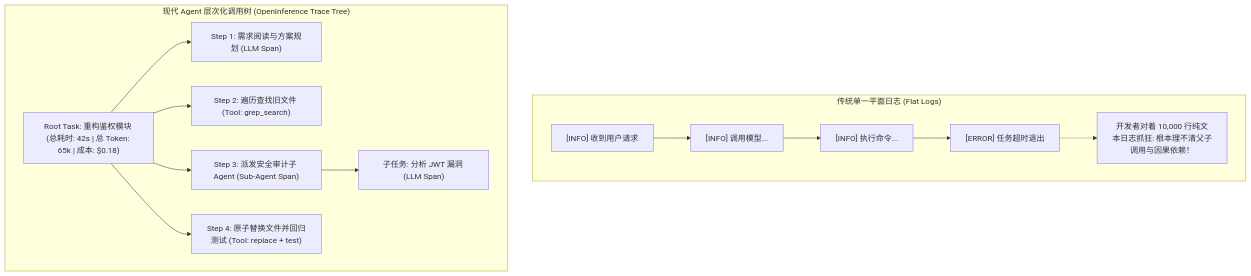
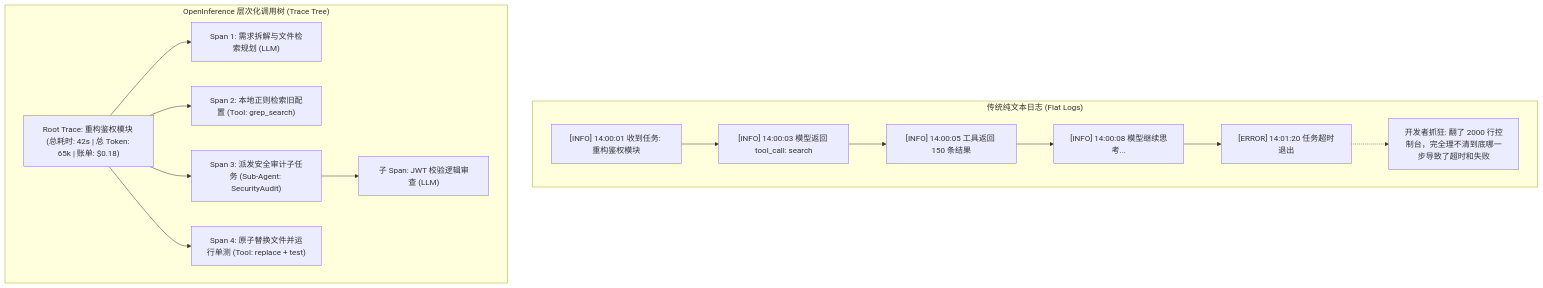
The first of 2 diagrams in app/ch07-evaluation/04-observability-and-opentelemetry/page.mdx (ljh12138164/ai-agent-study), drawn with Mermaid before and after one commit. The commit also changed other lines of this file and 43 other files, not shown here.

````diff
--- a/app/ch07-evaluation/04-observability-and-opentelemetry/page.mdx
+++ b/app/ch07-evaluation/04-observability-and-opentelemetry/page.mdx
@@ -20,18 +21,19 @@
 ```mermaid
 graph TD
-    subgraph TraditionalLog["传统单一平面日志 (Flat Logs)"]
-        L1["[INFO] 收到用户请求"] --> L2["[INFO] 调用模型..."]
-        L2 --> L3["[INFO] 执行命令..."]
-        L3 --> L4["[ERROR] 任务超时退出"]
-        L4 -.-> Clueless["开发者对着 10,000 行纯文本日志抓狂: 根本理不清父子调用与因果依赖！"]
+    subgraph TraditionalLog["传统纯文本日志 (Flat Logs)"]
+        L1["[INFO] 14:00:01 收到任务: 重构鉴权模块"] --> L2["[INFO] 14:00:03 模型返回 tool_call: search"]
+        L2 --> L3["[INFO] 14:00:05 工具返回 150 条结果"]
+        L3 --> L4["[INFO] 14:00:08 模型继续思考..."]
+        L4 --> L5["[ERROR] 14:01:20 任务超时退出"]
+        L5 -.-> Clueless["开发者抓狂: 翻了 2000 行控制台，完全理不清到底哪一步导致了超时和失败"]
     end
     
-    subgraph TraceTree["现代 Agent 层次化调用树 (OpenInference Trace Tree)"]
-        Root["Root Task: 重构鉴权模块 (总耗时: 42s | 总 Token: 65k | 成本: $0.18)"]
-        Root --> Step1["Step 1: 需求阅读与方案规划 (LLM Span)"]
-        Root --> Step2["Step 2: 遍历查找旧文件 (Tool: grep_search)"]
-        Root --> SubAgent["Step 3: 派发安全审计子 Agent (Sub-Agent Span)"]
-        SubAgent --> SubStep1["子任务: 分析 JWT 漏洞 (LLM Span)"]
-        Root --> Step4["Step 4: 原子替换文件并回归测试 (Tool: replace + test)"]
+    subgraph TraceTree["OpenInference 层次化调用树 (Trace Tree)"]
+        Root["Root Trace: 重构鉴权模块 (总耗时: 42s | 总 Token: 65k | 账单: $0.18)"]
+        Root --> Step1["Span 1: 需求拆解与文件检索规划 (LLM)"]
+        Root --> Step2["Span 2: 本地正则检索旧配置 (Tool: grep_search)"]
+        Root --> SubAgent["Span 3: 派发安全审计子任务 (Sub-Agent: SecurityAudit)"]
+        SubAgent --> SubStep1["子 Span: JWT 校验逻辑审查 (LLM)"]
+        Root --> Step4["Span 4: 原子替换文件并运行单测 (Tool: replace + test)"]
     end
 ```
````
